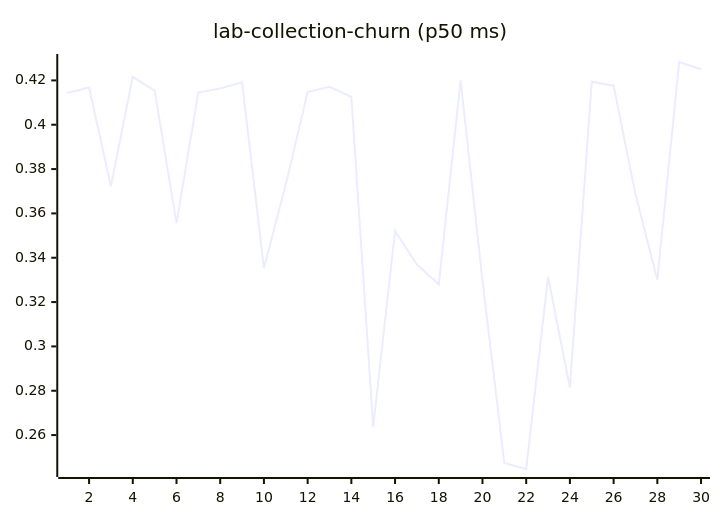
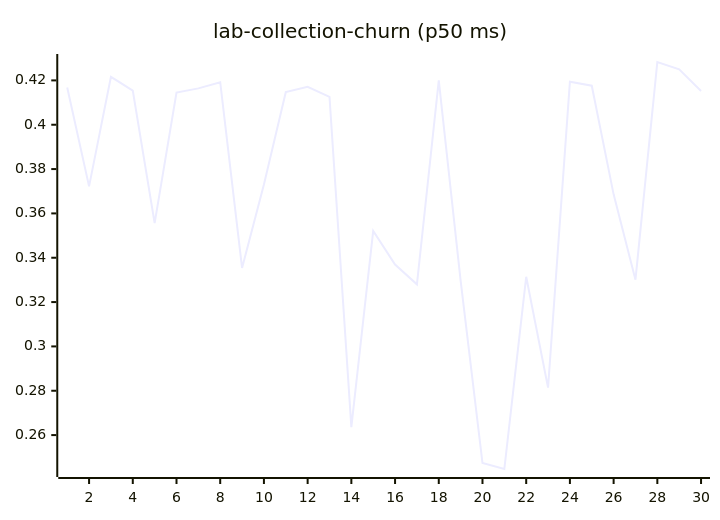
One commit to josha/Facet changed diagram 11 of 27 in README.md. Above: the diagram before and after it, drawn with Mermaid. The commit also changed other lines of this file and 2 other files, not shown here.

````diff
--- a/README.md
+++ b/README.md
@@ -133,6 +133,6 @@
 ```mermaid
 xychart-beta
     title "lab-collection-churn (p50 ms)"
     x-axis 1 --> 30
-    line [0.4143, 0.4168, 0.3722, 0.4216, 0.4154, 0.3556, 0.4145, 0.4164, 0.4192, 0.3354, 0.3730, 0.4147, 0.4171, 0.4126, 0.2636, 0.3521, 0.3369, 0.3280, 0.4200, 0.3297, 0.2474, 0.2447, 0.3314, 0.2814, 0.4194, 0.4176, 0.3686, 0.3301, 0.4283, 0.4250]
+    line [0.4168, 0.3722, 0.4216, 0.4154, 0.3556, 0.4145, 0.4164, 0.4192, 0.3354, 0.3730, 0.4147, 0.4171, 0.4126, 0.2636, 0.3521, 0.3369, 0.3280, 0.4200, 0.3297, 0.2474, 0.2447, 0.3314, 0.2814, 0.4194, 0.4176, 0.3686, 0.3301, 0.4283, 0.4250, 0.4152]
 ```
````
